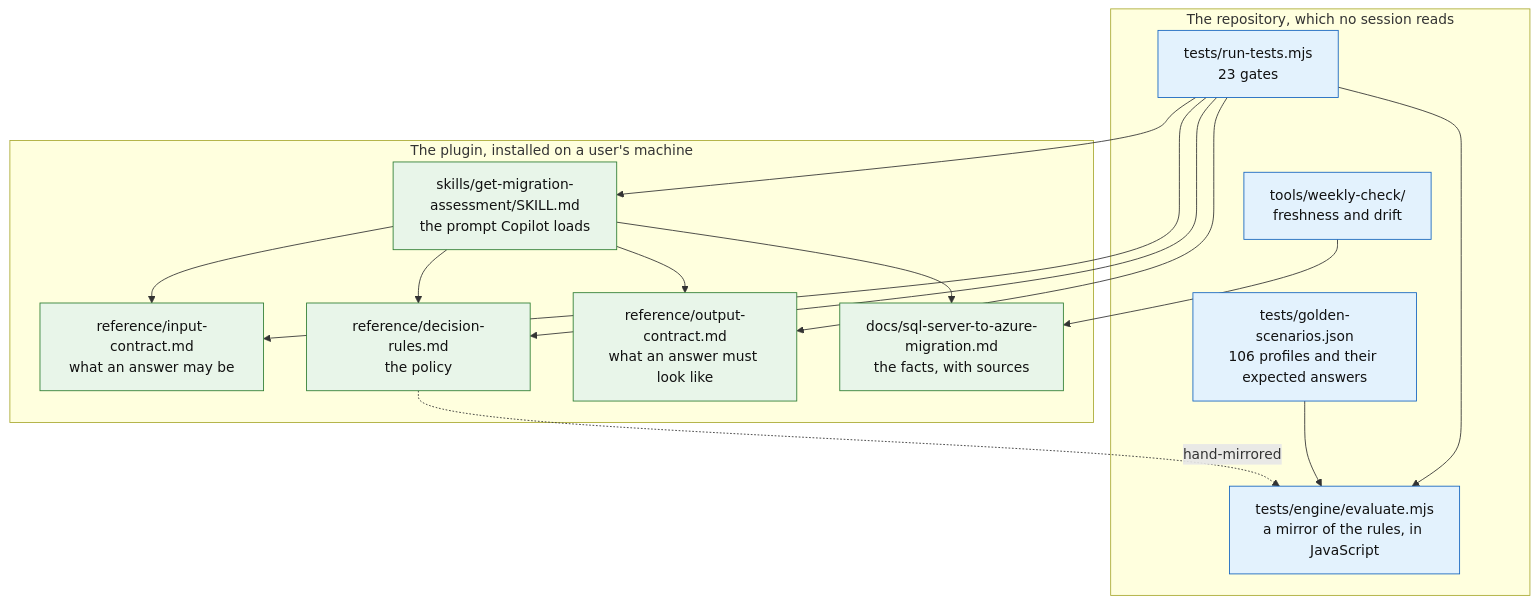
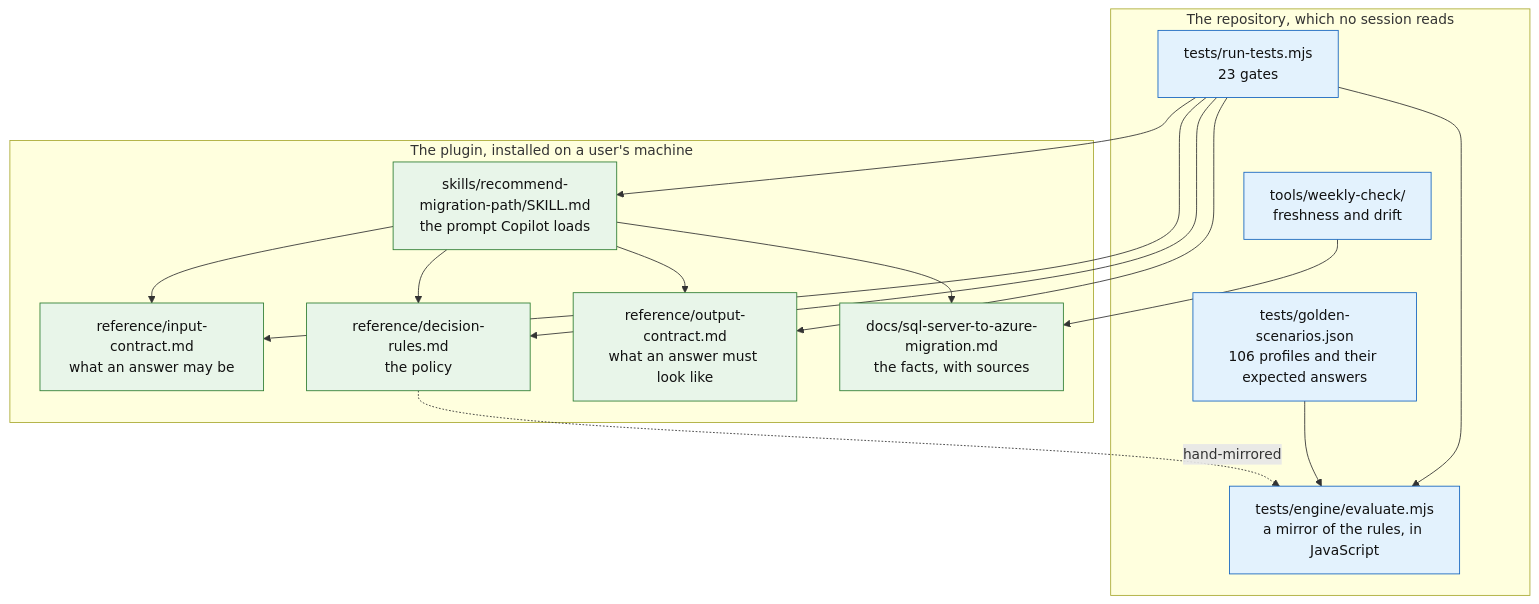
The first of 3 diagrams in docs/ARCHITECTURE.md (fredgis/sql-migration-advisor), drawn with Mermaid before and after one commit. The commit also changed other lines of this file and 18 other files, not shown here.

````diff
--- a/docs/ARCHITECTURE.md
+++ b/docs/ARCHITECTURE.md
@@ -28,35 +28,35 @@
 ```mermaid
 flowchart TD
     subgraph plugin["The plugin, installed on a user's machine"]
-      SK["skills/get-migration-assessment/SKILL.md<br/>the prompt Copilot loads"]
+      SK["skills/recommend-migration-path/SKILL.md<br/>the prompt Copilot loads"]
       IC["reference/input-contract.md<br/>what an answer may be"]
       DR["reference/decision-rules.md<br/>the policy"]
       OC["reference/output-contract.md<br/>what an answer must look like"]
       KB["docs/sql-server-to-azure-migration.md<br/>the facts, with sources"]
     end
 
     subgraph repo["The repository, which no session reads"]
       EN["tests/engine/evaluate.mjs<br/>a mirror of the rules, in JavaScript"]
       GS["tests/golden-scenarios.json<br/>106 profiles and their expected answers"]
       GA["tests/run-tests.mjs<br/>23 gates"]
       WK["tools/weekly-check/<br/>freshness and drift"]
     end
 
     SK --> IC
     SK --> DR
     SK --> OC
     SK --> KB
     DR -.->|hand-mirrored| EN
     GS --> EN
     GA --> EN
     GA --> SK
     GA --> IC
     GA --> DR
     GA --> OC
     WK --> KB
 
     classDef live fill:#e8f5e9,stroke:#2e7d32,color:#111
     classDef test fill:#e3f2fd,stroke:#1565c0,color:#111
     class SK,IC,DR,OC,KB live
     class EN,GS,GA,WK test
 ```
````
